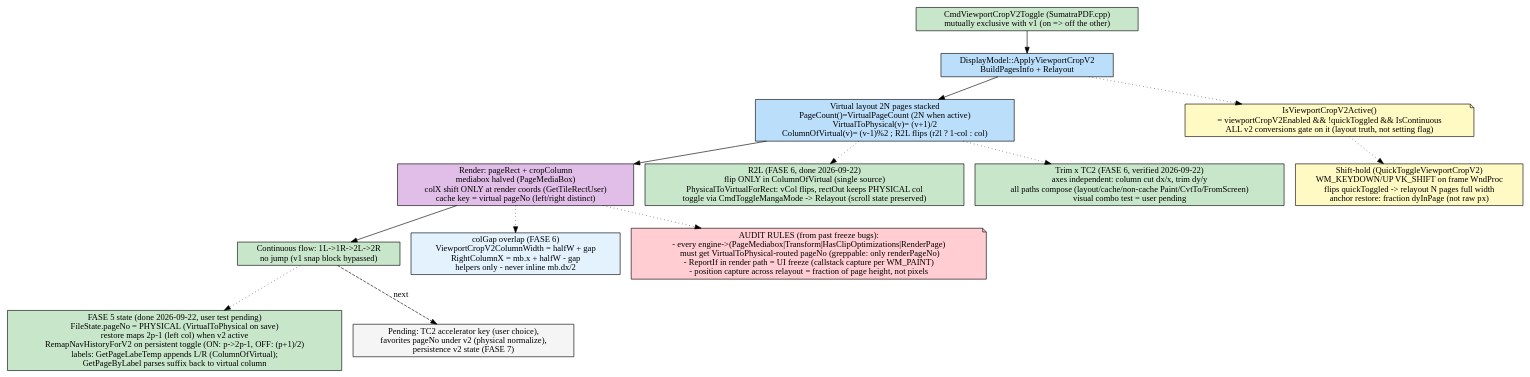
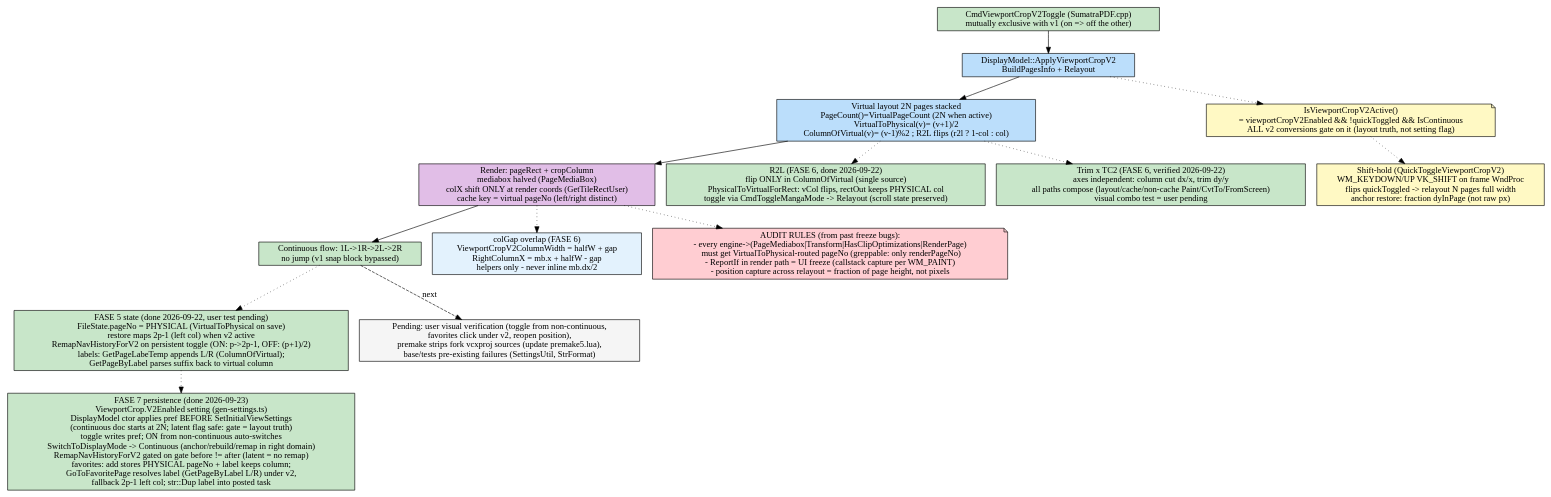
One commit to FelipeTesta/TumatraPDF changed the diagram in FLOW/two-columns-v2.dot. Above: the diagram before and after it, drawn with Graphviz. The commit also changed 9 other files, not shown here.

```diff
--- a/FLOW/two-columns-v2.dot
+++ b/FLOW/two-columns-v2.dot
@@ -1,33 +1,36 @@
 digraph TwoColumnsV2 {
     rankdir=TB;
     node [shape=box, style=rounded];
 
     toggle [label="CmdViewportCropV2Toggle (SumatraPDF.cpp)\nmutually exclusive with v1 (on => off the other)", fillcolor="#c8e6c9", style=filled];
     apply [label="DisplayModel::ApplyViewportCropV2\nBuildPagesInfo + Relayout", fillcolor="#bbdefb", style=filled];
     layout [label="Virtual layout 2N pages stacked\nPageCount()=VirtualPageCount (2N when active)\nVirtualToPhysical(v)= (v+1)/2\nColumnOfVirtual(v)= (v-1)%2 ; R2L flips (r2l ? 1-col : col)", fillcolor="#bbdefb", style=filled];
     render [label="Render: pageRect + cropColumn\nmediabox halved (PageMediaBox)\ncolX shift ONLY at render coords (GetTileRectUser)\ncache key = virtual pageNo (left/right distinct)", fillcolor="#e1bee7", style=filled];
     scroll [label="Continuous flow: 1L->1R->2L->2R\nno jump (v1 snap block bypassed)", fillcolor="#c8e6c9", style=filled];
 
     gate [label="IsViewportCropV2Active()\n= viewportCropV2Enabled && !quickToggled && IsContinuous\nALL v2 conversions gate on it (layout truth, not setting flag)", shape=note, fillcolor="#fff9c4", style=filled];
     shifthold [label="Shift-hold (QuickToggleViewportCropV2)\nWM_KEYDOWN/UP VK_SHIFT on frame WndProc\nflips quickToggled -> relayout N pages full width\nanchor restore: fraction dyInPage (not raw px)", fillcolor="#fff9c4", style=filled];
     colgap [label="colGap overlap (FASE 6)\nViewportCropV2ColumnWidth = halfW + gap\nRightColumnX = mb.x + halfW - gap\nhelpers only - never inline mb.dx/2", fillcolor="#e3f2fd", style=filled];
 
     r2l [label="R2L (FASE 6, done 2026-09-22)\nflip ONLY in ColumnOfVirtual (single source)\nPhysicalToVirtualForRect: vCol flips, rectOut keeps PHYSICAL col\ntoggle via CmdToggleMangaMode -> Relayout (scroll state preserved)", fillcolor="#c8e6c9", style=filled];
     trimv2 [label="Trim x TC2 (FASE 6, verified 2026-09-22)\naxes independent: column cut dx/x, trim dy/y\nall paths compose (layout/cache/non-cache Paint/CvtTo/FromScreen)\nvisual combo test = user pending", fillcolor="#c8e6c9", style=filled];
 
     toggle -> apply -> layout -> render -> scroll;
     apply -> gate [style=dotted];
     gate -> shifthold [style=dotted];
     render -> colgap [style=dotted];
     layout -> r2l [style=dotted];
     layout -> trimv2 [style=dotted];
 
     state5 [label="FASE 5 state (done 2026-09-22, user test pending)\nFileState.pageNo = PHYSICAL (VirtualToPhysical on save)\nrestore maps 2p-1 (left col) when v2 active\nRemapNavHistoryForV2 on persistent toggle (ON: p->2p-1, OFF: (p+1)/2)\nlabels: GetPageLabeTemp appends L/R (ColumnOfVirtual);\nGetPageByLabel parses suffix back to virtual column", fillcolor="#c8e6c9", style=filled];
 
+    state7 [label="FASE 7 persistence (done 2026-09-23)\nViewportCrop.V2Enabled setting (gen-settings.ts)\nDisplayModel ctor applies pref BEFORE SetInitialViewSettings\n(continuous doc starts at 2N; latent flag safe: gate = layout truth)\ntoggle writes pref; ON from non-continuous auto-switches\nSwitchToDisplayMode -> Continuous (anchor/rebuild/remap in right domain)\nRemapNavHistoryForV2 gated on gate before != after (latent = no remap)\nfavorites: add stores PHYSICAL pageNo + label keeps column;\nGoToFavoritePage resolves label (GetPageByLabel L/R) under v2,\nfallback 2p-1 left col; str::Dup label into posted task", fillcolor="#c8e6c9", style=filled];
+    state5 -> state7 [style=dotted];
+
     rules [label="AUDIT RULES (from past freeze bugs):\n- every engine->(PageMediabox|Transform|HasClipOptimizations|RenderPage)\n  must get VirtualToPhysical-routed pageNo (greppable: only renderPageNo)\n- ReportIf in render path = UI freeze (callstack capture per WM_PAINT)\n- position capture across relayout = fraction of page height, not pixels", shape=note, fillcolor="#ffcdd2", style=filled];
     render -> rules [style=dotted];
     scroll -> state5 [style=dotted];
 
-    pending [label="Pending: TC2 accelerator key (user choice),\nfavorites pageNo under v2 (physical normalize),\npersistence v2 state (FASE 7)", fillcolor="#f5f5f5", style=filled];
+    pending [label="Pending: user visual verification (toggle from non-continuous,\nfavorites click under v2, reopen position),\npremake strips fork vcxproj sources (update premake5.lua),\nbase/tests pre-existing failures (SettingsUtil, StrFormat)", fillcolor="#f5f5f5", style=filled];
     scroll -> pending [style=dashed, label="next"];
 }
```
